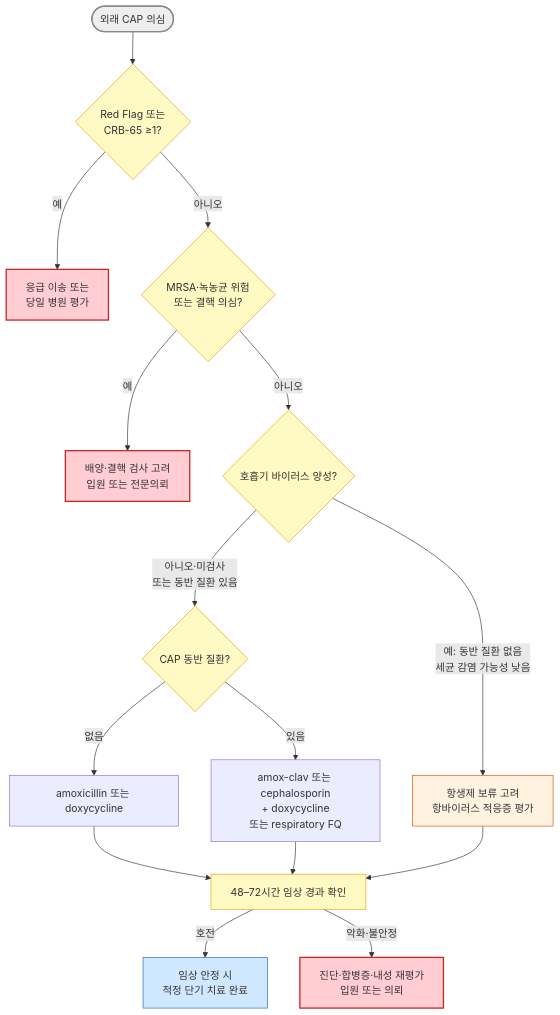
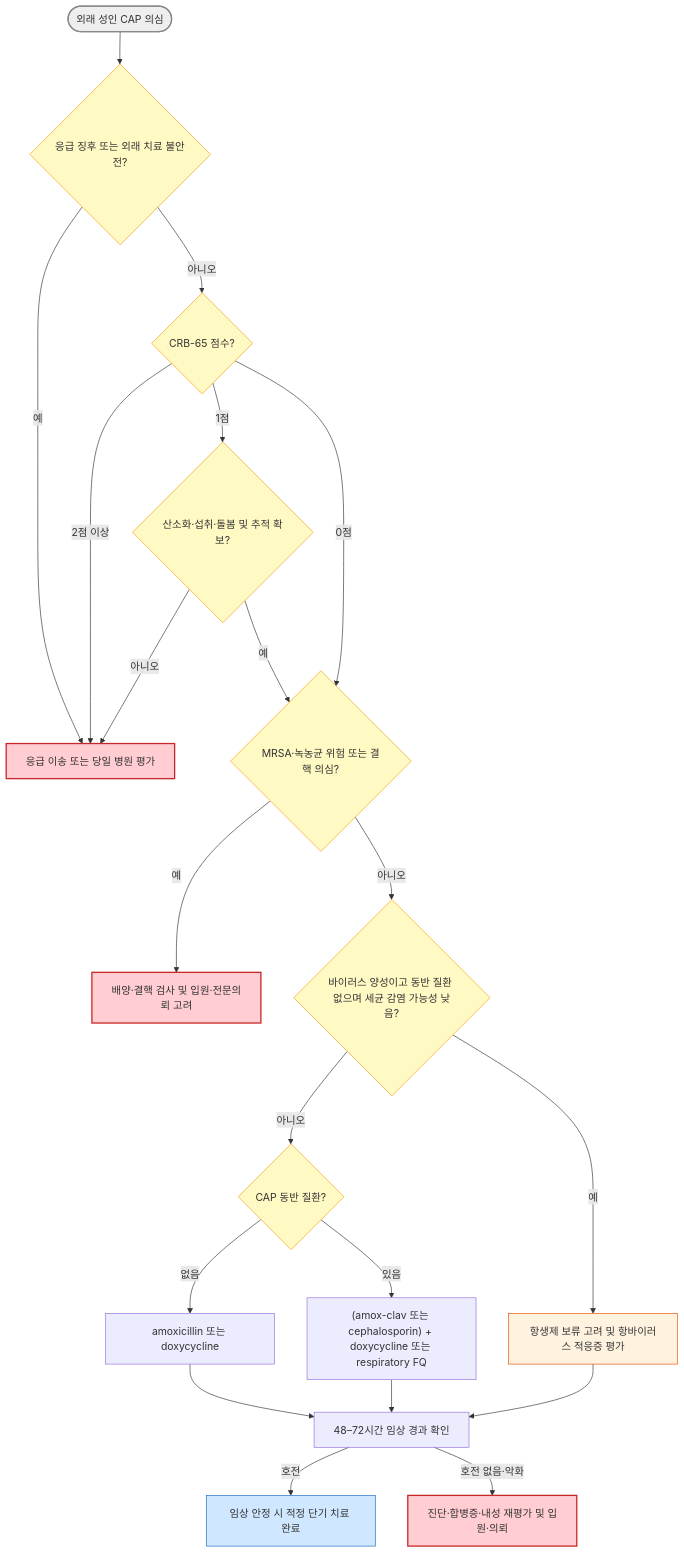
Before and after one commit to familyoh77/familyoh77: the first of 2 diagrams in 223_/068_-pneumonia.md, drawn with Mermaid. The commit also changed other lines of this file and 2 other files, not shown here.

````diff
--- a/223_/068_-pneumonia.md
+++ b/223_/068_-pneumonia.md
@@ -154,25 +156,29 @@
 ```mermaid
 flowchart TD
-    A([외래 CAP 의심]) --> B{"Red Flag 또는<br/>CRB-65 ≥1?"}
-    B -- 예 --> C[응급 이송 또는<br/>당일 병원 평가]
-    B -- 아니오 --> D{"MRSA·녹농균 위험<br/>또는 결핵 의심?"}
-    D -- 예 --> E[배양·결핵 검사 고려<br/>입원 또는 전문의뢰]
-    D -- 아니오 --> F{"호흡기 바이러스 양성?"}
-    F -- "예: 동반 질환 없음<br/>세균 감염 가능성 낮음" --> G[항생제 보류 고려<br/>항바이러스 적응증 평가]
-    F -- "아니오·미검사<br/>또는 동반 질환 있음" --> H{CAP 동반 질환?}
-    H -- 없음 --> I[amoxicillin 또는 doxycycline]
-    H -- 있음 --> J[amox-clav 또는 cephalosporin<br/>+ doxycycline<br/>또는 respiratory FQ]
-    I --> K[48–72시간 임상 경과 확인]
+    A(["외래 성인 CAP 의심"]) --> B{"응급 징후 또는 외래 치료 불안전?"}
+    B -- "예" --> C["응급 이송 또는 당일 병원 평가"]
+    B -- "아니오" --> S{"CRB-65 점수?"}
+    S -- "2점 이상" --> C
+    S -- "1점" --> T{"산소화·섭취·돌봄 및 추적 확보?"}
+    T -- "아니오" --> C
+    T -- "예" --> D{"MRSA·녹농균 위험 또는 결핵 의심?"}
+    S -- "0점" --> D
+    D -- "예" --> E["배양·결핵 검사 및 입원·전문의뢰 고려"]
+    D -- "아니오" --> F{"바이러스 양성이고 동반 질환 없으며 세균 감염 가능성 낮음?"}
+    F -- "예" --> G["항생제 보류 고려 및 항바이러스 적응증 평가"]
+    F -- "아니오" --> H{"CAP 동반 질환?"}
+    H -- "없음" --> I["amoxicillin 또는 doxycycline"]
+    H -- "있음" --> J["(amox-clav 또는 cephalosporin) + doxycycline 또는 respiratory FQ"]
+    I --> K["48–72시간 임상 경과 확인"]
     J --> K
     G --> K
-    K -- 호전 --> L[임상 안정 시<br/>적정 단기 치료 완료]
-    K -- 악화·불안정 --> M[진단·합병증·내성 재평가<br/>입원 또는 의뢰]
-style A fill:#eeeeee,stroke:#888888,stroke-width:2px
-classDef yellow fill:#fff9c4,stroke:#f39c12
-class B,D,F,H,K yellow
-classDef L_red fill:#ffcdd2,stroke:#c62828,stroke-width:2px
-class C,E,M L_red
-style G fill:#fff3e0,stroke:#e65100
-style L fill:#d0e8ff,stroke:#1a6abf
-
+    K -- "호전" --> L["임상 안정 시 적정 단기 치료 완료"]
+    K -- "호전 없음·악화" --> M["진단·합병증·내성 재평가 및 입원·의뢰"]
+    style A fill:#eeeeee,stroke:#888888,stroke-width:2px
+    classDef yellow fill:#fff9c4,stroke:#f39c12
+    class B,S,T,D,F,H yellow
+    classDef danger fill:#ffcdd2,stroke:#c62828,stroke-width:2px
+    class C,E,M danger
+    style G fill:#fff3e0,stroke:#e65100
+    style L fill:#d0e8ff,stroke:#1a6abf
 ```
````
